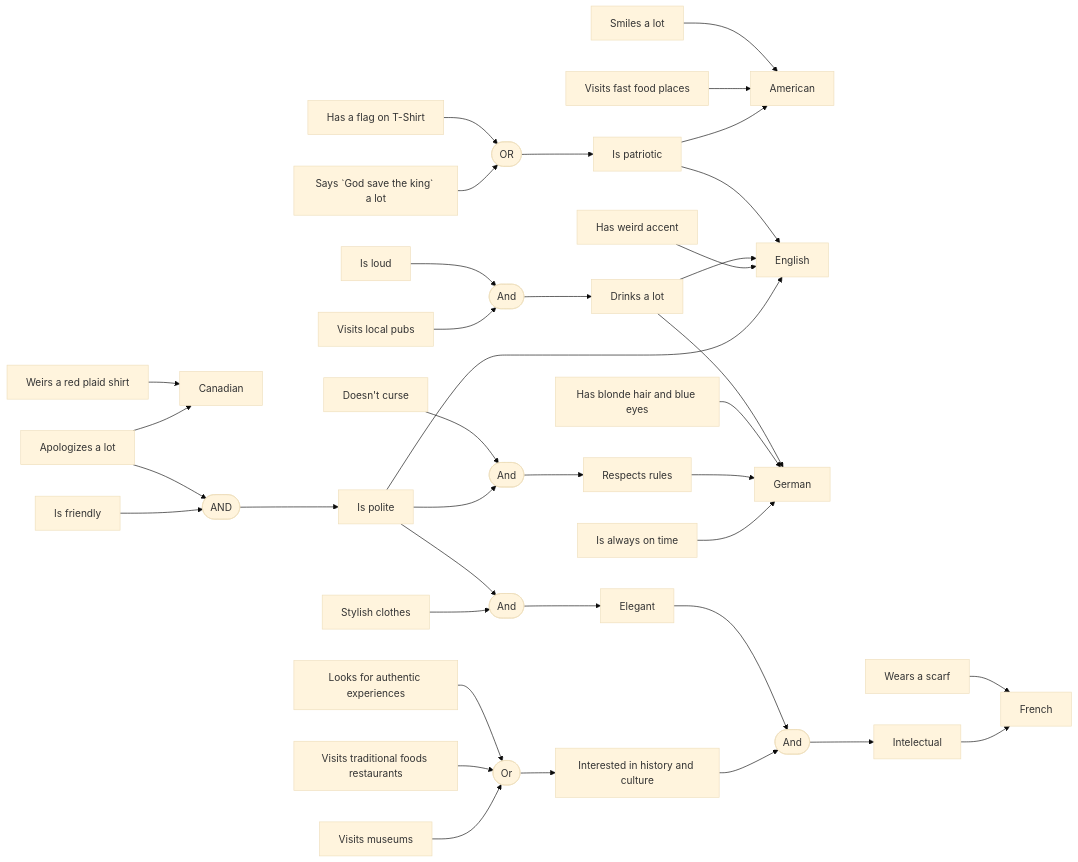
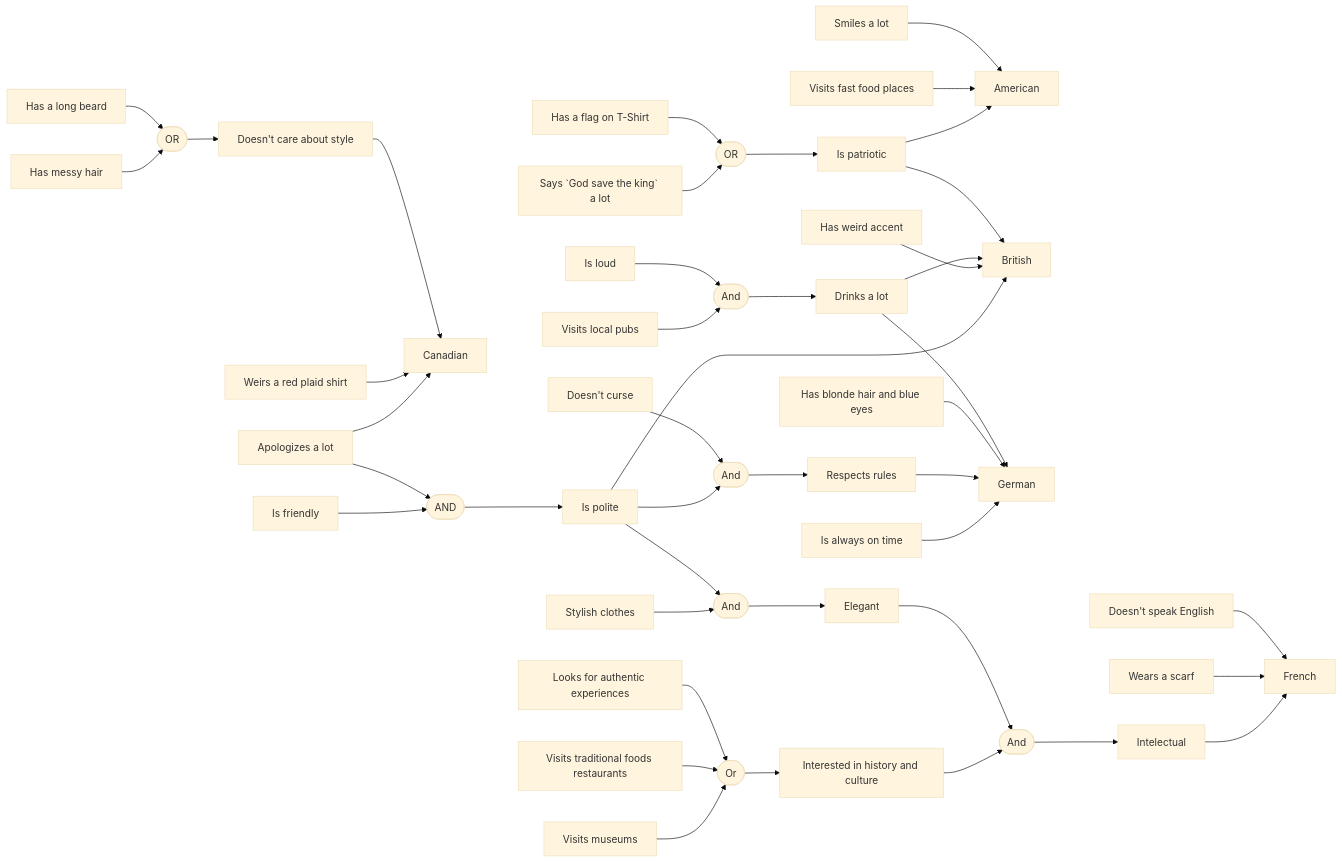
One commit to alya1007/ai-labs changed the diagram in diagram.mmd. Above: the diagram before and after it, drawn with Mermaid (base theme).

Commit message:
finish graph

```diff
--- a/diagram.mmd
+++ b/diagram.mmd
@@ -1,40 +1,44 @@
 graph LR;
     American[American];
-    English[English];
+    English[British];
     French[French];
     German[German];
     Canadian[Canadian];
 
     Friendly[Is friendly]-->AND_3([AND]);
     Sorry[Apologizes a lot]-->AND_3;
     Sorry-->Canadian
     
     Polite[Is polite]-->English;
     AND_3-->Polite;
     Stylish[Stylish clothes]-->AND_2;
     Polite-->AND_2([And]);
     Museums[Visits museums]-->Or([Or]);
     Traditional[Visits traditional foods restaurants]-->Or;
     Authentic[Looks for authentic experiences]-->Or;
     Or-->History[Interested in history and culture]-->AND_4-->Intelectual[Intelectual]-->French;
     Accent[Has weird accent]-->English
 
     Pubs[Visits local pubs]-->AND_5([And]);
     Loud[Is loud]-->AND_5-->Drinks[Drinks a lot]-->English
 
     Time[Is always on time]-->German;
     Polite-->AND_6([And]);
     Curse[Doesn't curse]-->AND_6-->Rules[Respects rules]-->German;
 
     God[Says `God save the king` a lot]-->OR([OR]);
     Flag[Has a flag on T-Shirt]-->OR-->Patriotic[Is patriotic]-->English
     AND_2-->Elegant[Elegant]-->AND_4([And]);
     Patriotic-->American
     FastFood[Visits fast food places]-->American;
     Smiles[Smiles a lot]-->American;
 
     Scarf[Wears a scarf]-->French;
     Blue[Has blonde hair and blue eyes]-->German;
     Drinks-->German;
 
     Clothes[Weirs a red plaid shirt]-->Canadian;
+    Hair[Has messy hair]-->OR_4([OR])-->Style[Doesn't care about style]-->Canadian;
+    Beard[Has a long beard]-->OR_4;
+
+    Language[Doesn't speak English]-->French;
```
